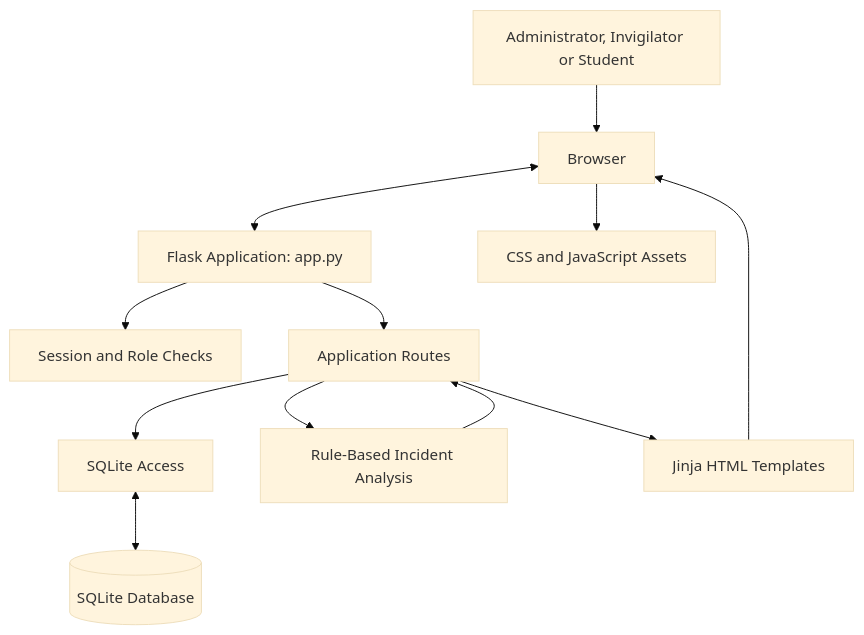
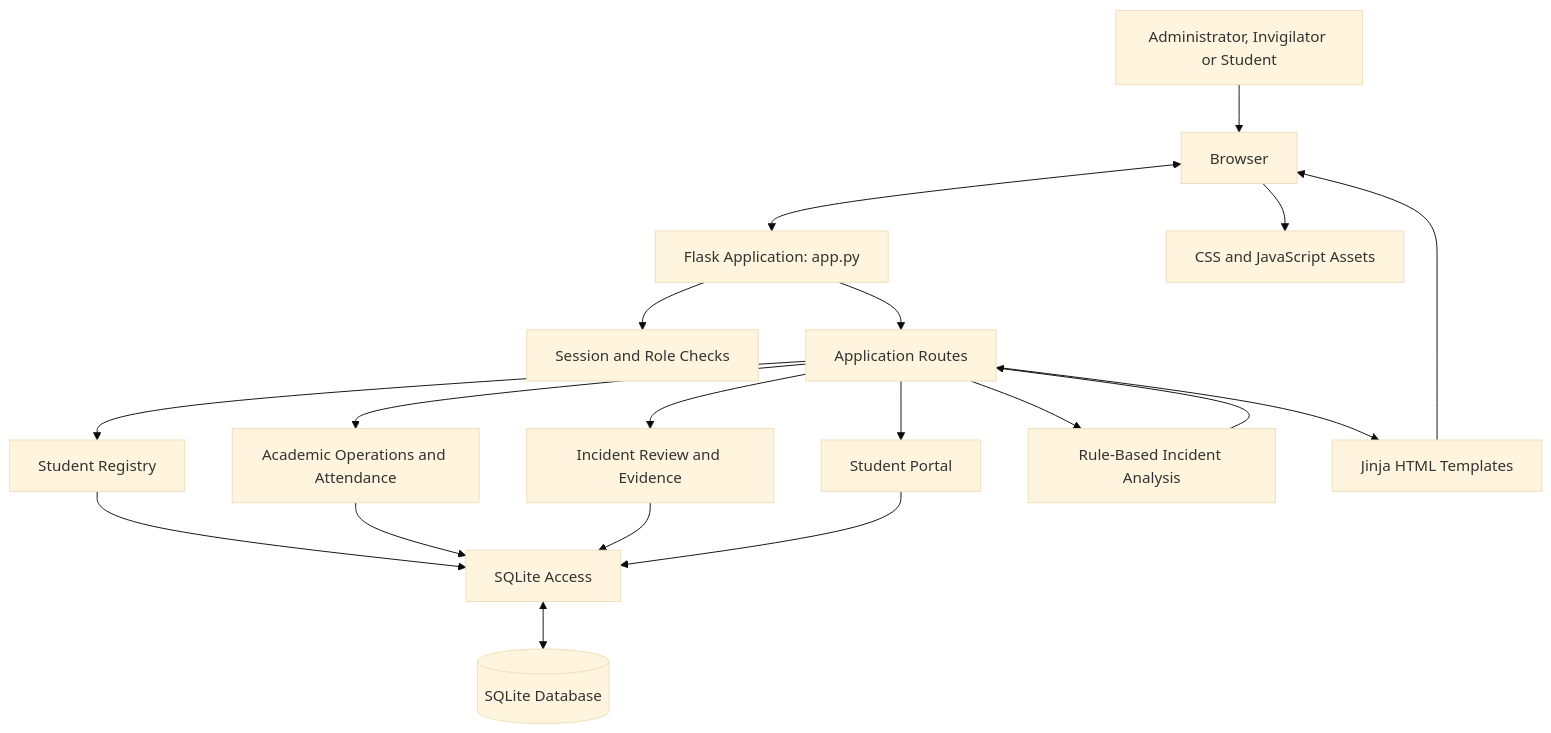
The diagram in README.md (Moana-star/AI_INTEGRITY), drawn with Mermaid (base theme) before and after one commit. The commit also changed other lines of this file, not shown here.

````diff
--- a/README.md
+++ b/README.md
@@ -51,14 +56,21 @@
 ```mermaid
 flowchart TD
     U[Administrator, Invigilator or Student] --> B[Browser]
     B <--> F[Flask Application: app.py]
     F --> A[Session and Role Checks]
     F --> R[Application Routes]
-    R --> D[SQLite Access]
+    R --> REG[Student Registry]
+    R --> OPS[Academic Operations and Attendance]
+    R --> CASE[Incident Review and Evidence]
+    R --> PORTAL[Student Portal]
+    REG --> D[SQLite Access]
+    OPS --> D
+    CASE --> D
+    PORTAL --> D
     D <--> DB[(SQLite Database)]
     R --> E[Rule-Based Incident Analysis]
     E --> R
     R --> T[Jinja HTML Templates]
     T --> B
     B --> S[CSS and JavaScript Assets]
 ```
````
